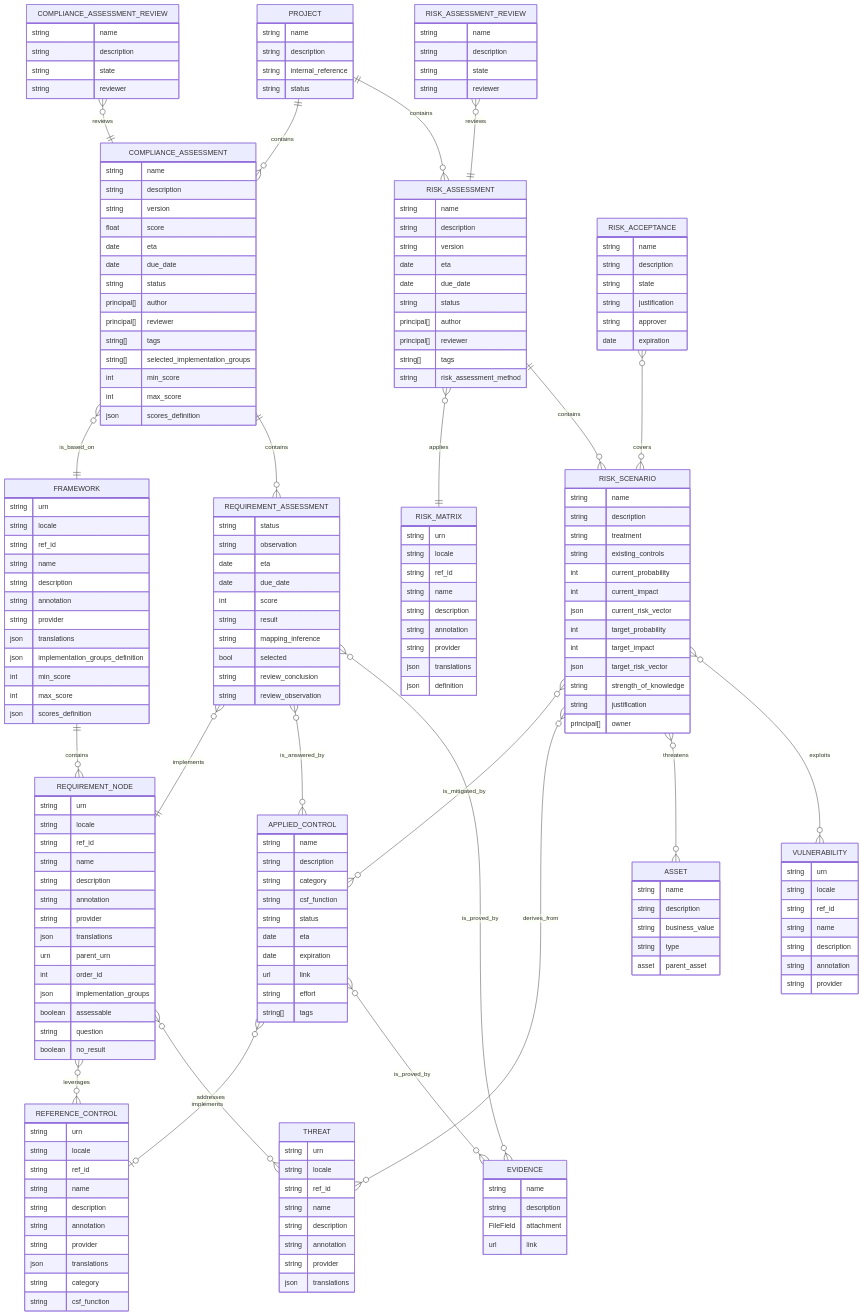
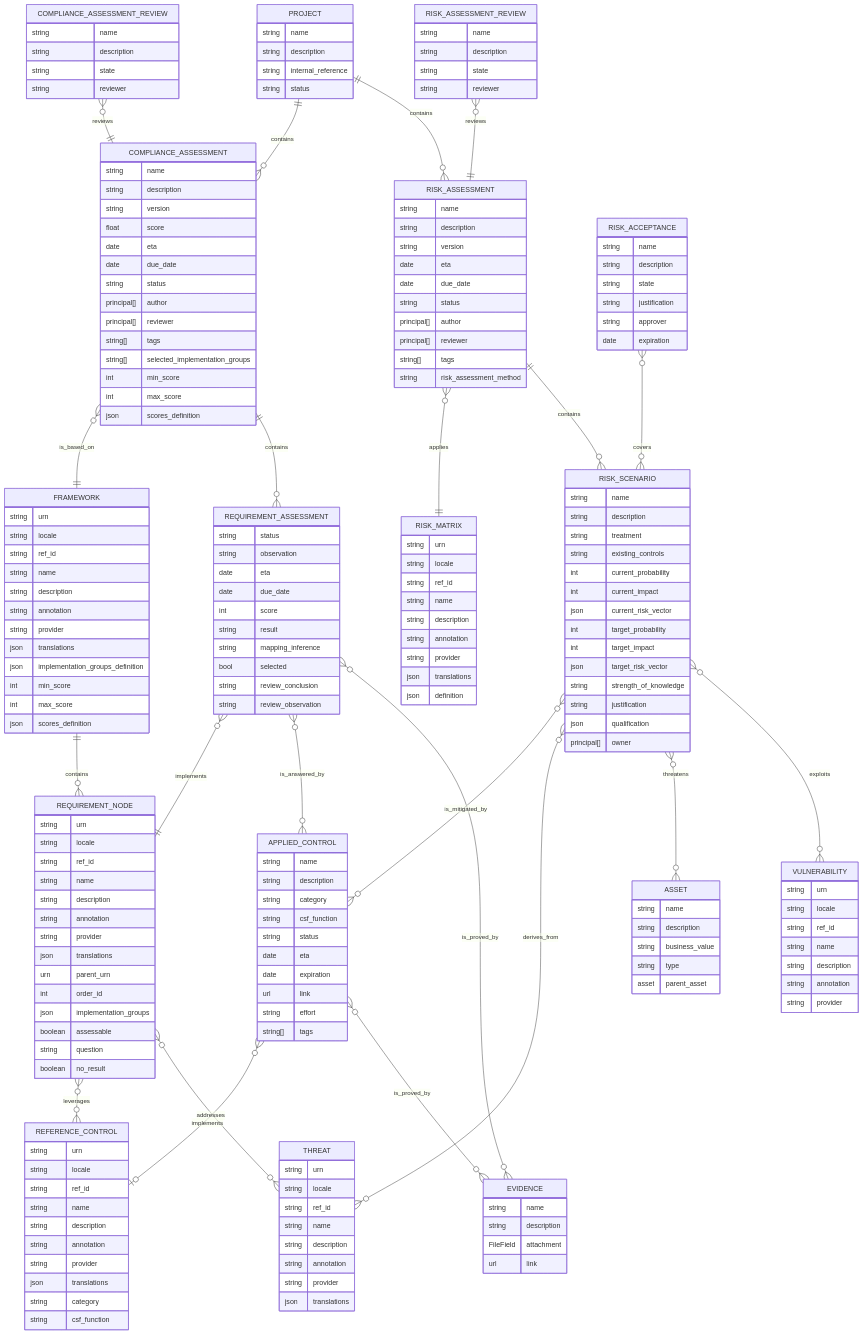
Before and after one commit to intuitem/ciso-assistant-community: the fourth of 10 diagrams in documentation/architecture/data-model.md, drawn with Mermaid. The commit also changed other lines of this file, not shown here.

```diff
--- a/documentation/architecture/data-model.md
+++ b/documentation/architecture/data-model.md
@@ -288,6 +288,7 @@
         json   target_risk_vector
         string strength_of_knowledge
         string justification
+        json   qualification
 
         principal[] owner
     }
```
